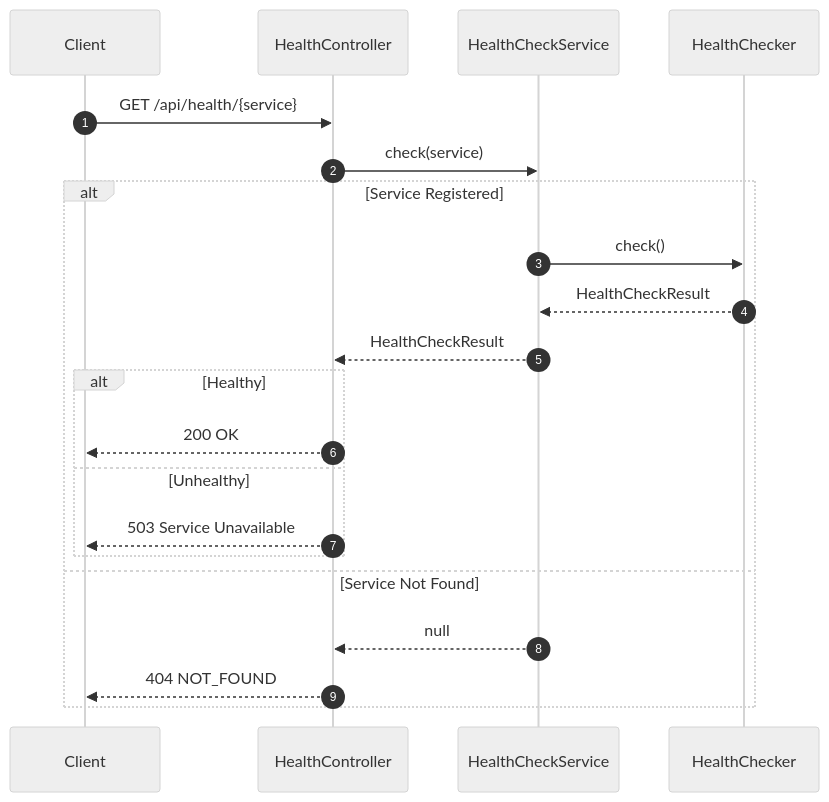
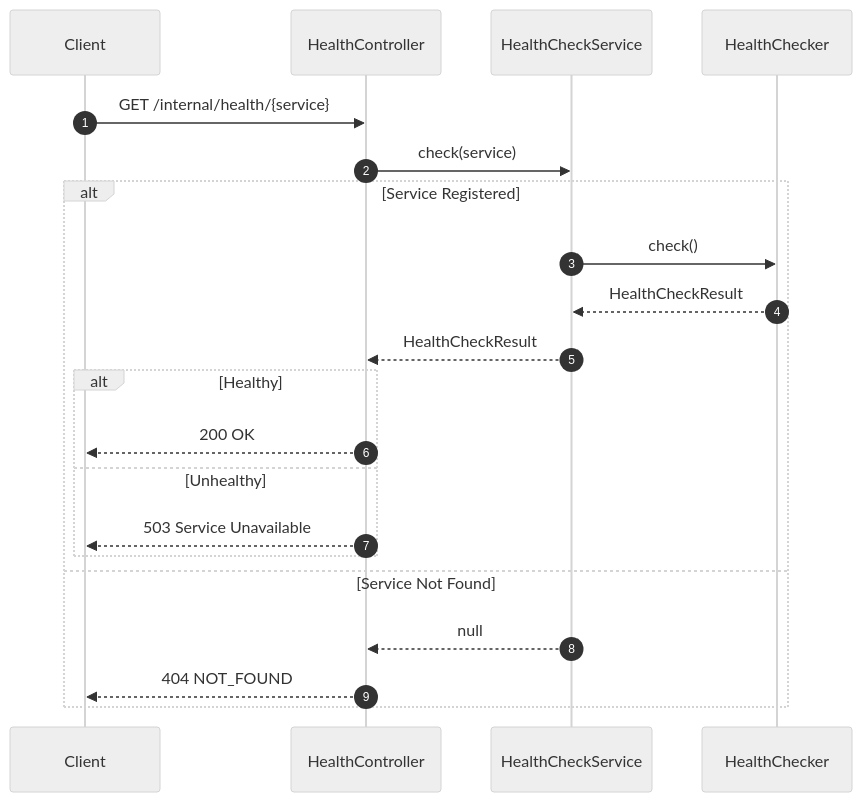
Before and after one commit to shaul1991/toy-core-system: the second of 2 diagrams in docs/HEALTH.md, drawn with Mermaid (neutral theme). The commit also changed other lines of this file and 7 other files, not shown here.

````diff
--- a/docs/HEALTH.md
+++ b/docs/HEALTH.md
@@ -287,26 +287,26 @@
 ```mermaid
 sequenceDiagram
     autonumber
     participant Client
     participant Controller as HealthController
     participant Service as HealthCheckService
     participant Checker as HealthChecker
 
-    Client->>Controller: GET /api/health/{service}
+    Client->>Controller: GET /internal/health/{service}
     Controller->>Service: check(service)
 
     alt Service Registered
         Service->>Checker: check()
         Checker-->>Service: HealthCheckResult
         Service-->>Controller: HealthCheckResult
 
         alt Healthy
             Controller-->>Client: 200 OK
         else Unhealthy
             Controller-->>Client: 503 Service Unavailable
         end
     else Service Not Found
         Service-->>Controller: null
         Controller-->>Client: 404 NOT_FOUND
     end
 ```
````
